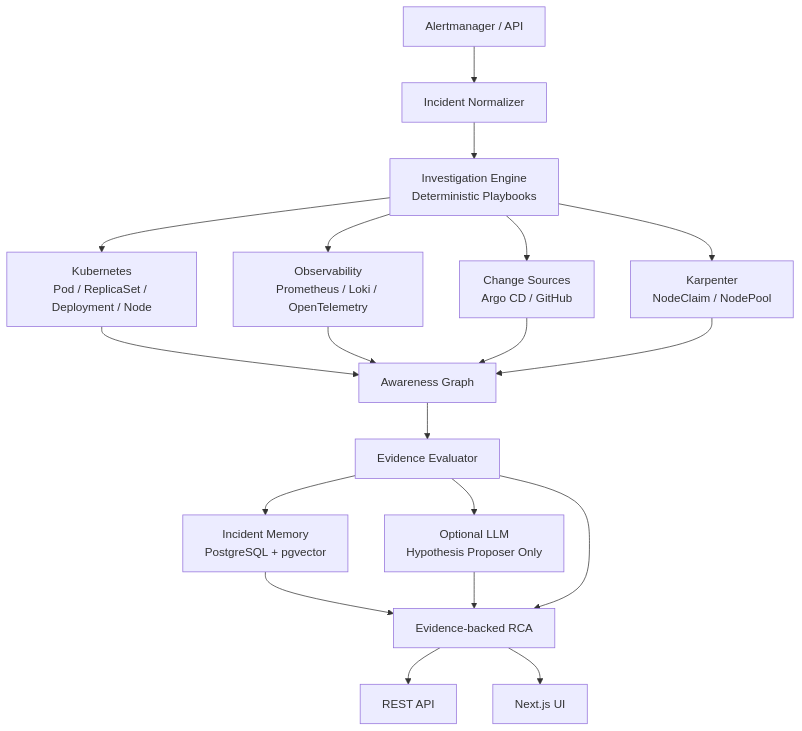
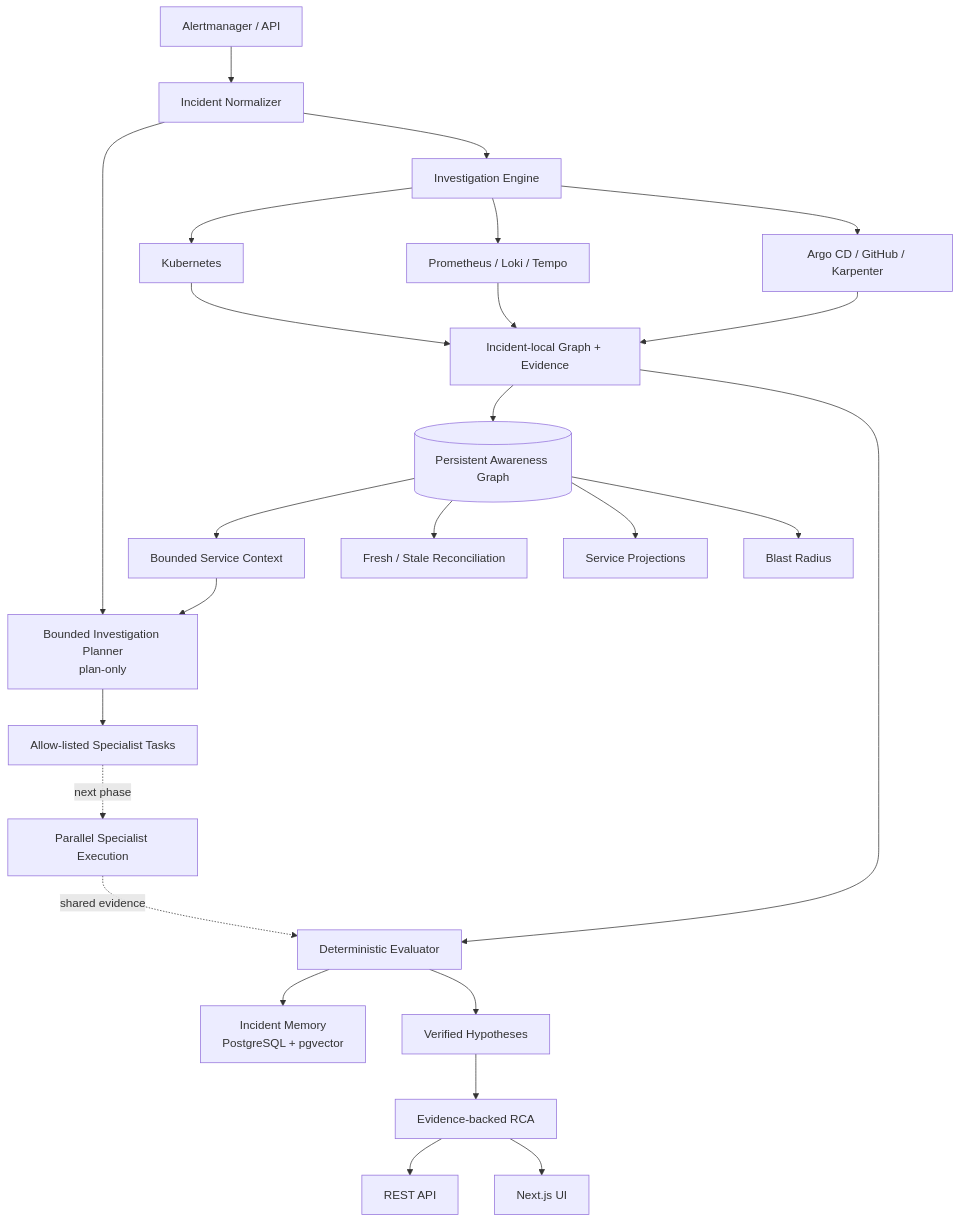
One commit to marcocristofolini/ai-sre-rca changed the first of 7 diagrams in README.md. Above: the diagram before and after it, drawn with Mermaid. The commit also changed other lines of this file and 22 other files, not shown here.

Commit message:
feat: add v0.8 topology blast radius and planner

````diff
--- a/README.md
+++ b/README.md
@@ -96,26 +110,32 @@
 ```mermaid
 flowchart TD
-    A[Alertmanager / API] --> B[Incident Normalizer]
-    B --> C[Investigation Engine<br/>Deterministic Playbooks]
+    A[Alertmanager / API] --> N[Incident Normalizer]
+    N --> P[Bounded Investigation Planner<br/>plan-only]
+    N --> E[Investigation Engine]
 
-    C --> K[Kubernetes<br/>Pod / ReplicaSet / Deployment / Node]
-    C --> O[Observability<br/>Prometheus / Loki / OpenTelemetry]
-    C --> CH[Change Sources<br/>Argo CD / GitHub]
-    C --> KA[Karpenter<br/>NodeClaim / NodePool]
+    G[(Persistent Awareness Graph)] --> C[Bounded Service Context]
+    C --> P
+    P --> T[Allow-listed Specialist Tasks]
 
-    K --> G[Awareness Graph]
-    O --> G
-    CH --> G
-    KA --> G
+    E --> K[Kubernetes]
+    E --> O[Prometheus / Loki / Tempo]
+    E --> CH[Argo CD / GitHub / Karpenter]
+    K --> L[Incident-local Graph + Evidence]
+    O --> L
+    CH --> L
 
-    G --> E[Evidence Evaluator]
-    E --> M[Incident Memory<br/>PostgreSQL + pgvector]
-    E --> L[Optional LLM<br/>Hypothesis Proposer Only]
+    L --> G
+    G --> R[Fresh / Stale Reconciliation]
+    G --> S[Service Projections]
+    G --> B[Blast Radius]
 
-    M --> R[Evidence-backed RCA]
-    L --> R
-    E --> R
+    L --> D[Deterministic Evaluator]
+    D --> M[Incident Memory<br/>PostgreSQL + pgvector]
+    D --> H[Verified Hypotheses]
+    H --> RCA[Evidence-backed RCA]
+    RCA --> API[REST API]
+    RCA --> UI[Next.js UI]
 
-    R --> API[REST API]
-    R --> UI[Next.js UI]
+    T -. next phase .-> X[Parallel Specialist Execution]
+    X -. shared evidence .-> D
 ```
````
